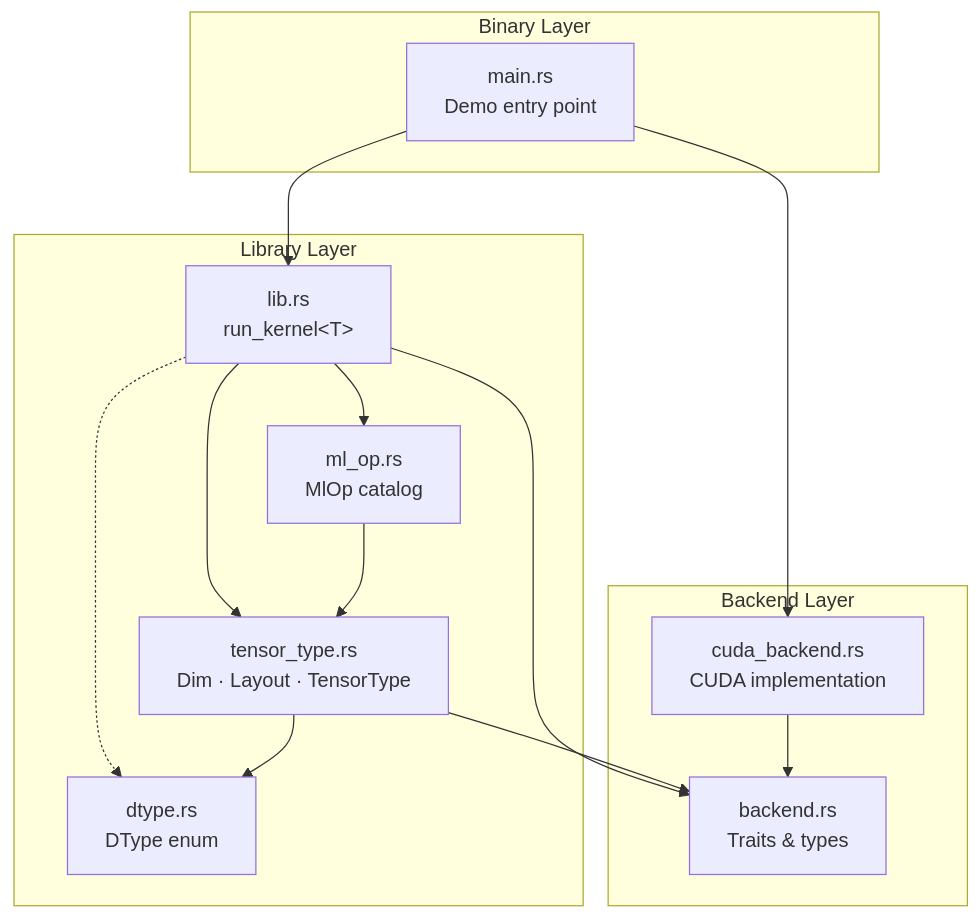
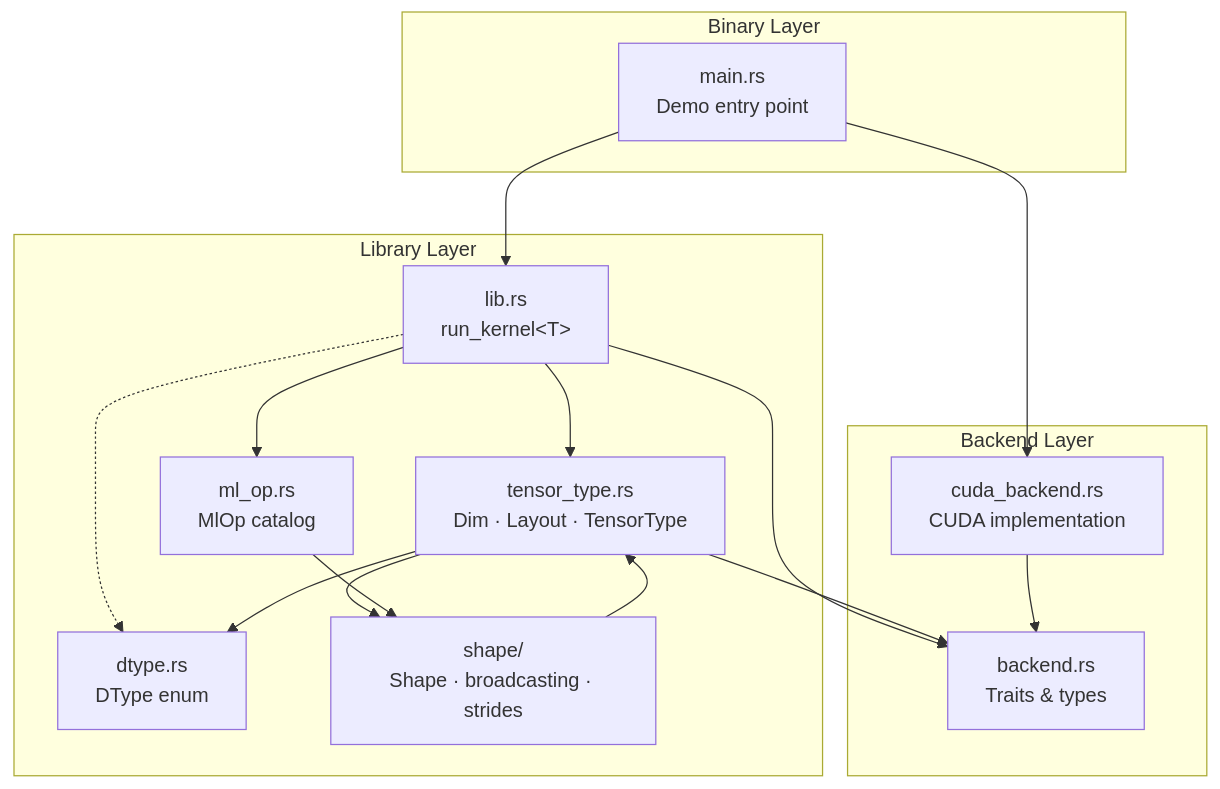
Before and after one commit to vansweej/graphynx: the first of 4 diagrams in docs/architecture.md, drawn with Mermaid. The commit also changed other lines of this file and 8 other files, not shown here.

````diff
--- a/docs/architecture.md
+++ b/docs/architecture.md
@@ -9,29 +9,32 @@
 ```mermaid
 graph TB
     subgraph "Binary Layer"
         main["main.rs<br/>Demo entry point"]
     end
 
     subgraph "Library Layer"
         lib["lib.rs<br/>run_kernel&lt;T&gt;"]
         dtype["dtype.rs<br/>DType enum"]
+        shape["shape/<br/>Shape · broadcasting · strides"]
         tensor_type["tensor_type.rs<br/>Dim · Layout · TensorType"]
         ml_op["ml_op.rs<br/>MlOp catalog"]
     end
 
     subgraph "Backend Layer"
         backend["backend.rs<br/>Traits & types"]
         cuda["cuda_backend.rs<br/>CUDA implementation"]
     end
 
     main --> lib
     main --> cuda
     lib --> backend
     lib --> tensor_type
     lib --> ml_op
     cuda --> backend
     lib -.-> dtype
     tensor_type --> dtype
     tensor_type --> backend
-    ml_op --> tensor_type
+    tensor_type --> shape
+    ml_op --> shape
+    shape --> tensor_type
 ```
````
